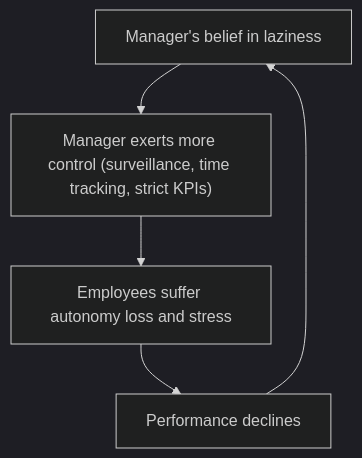
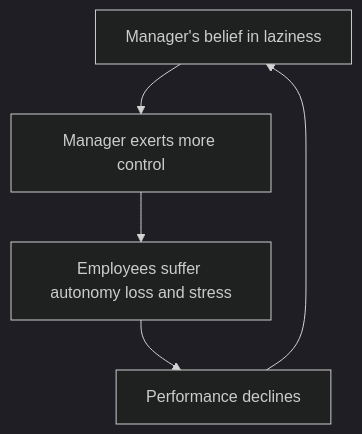
Before and after one commit to BeyondQuality/beyondquality: the diagram in research/laziness.md, drawn with Mermaid (dark theme).

Commit message:
making the diagram more concise

````diff
--- a/research/laziness.md
+++ b/research/laziness.md
@@ -36,7 +36,7 @@
 ```mermaid
 flowchart TB
-  A["Manager's belief in laziness"] --> B["Manager exerts more control (surveillance, time tracking, strict KPIs)"]
+  A["Manager's belief in laziness"] --> B["Manager exerts more control"]
   B --> C["Employees suffer autonomy loss and stress"]
   C --> D["Performance declines"]
   D --> A
 ```
````
